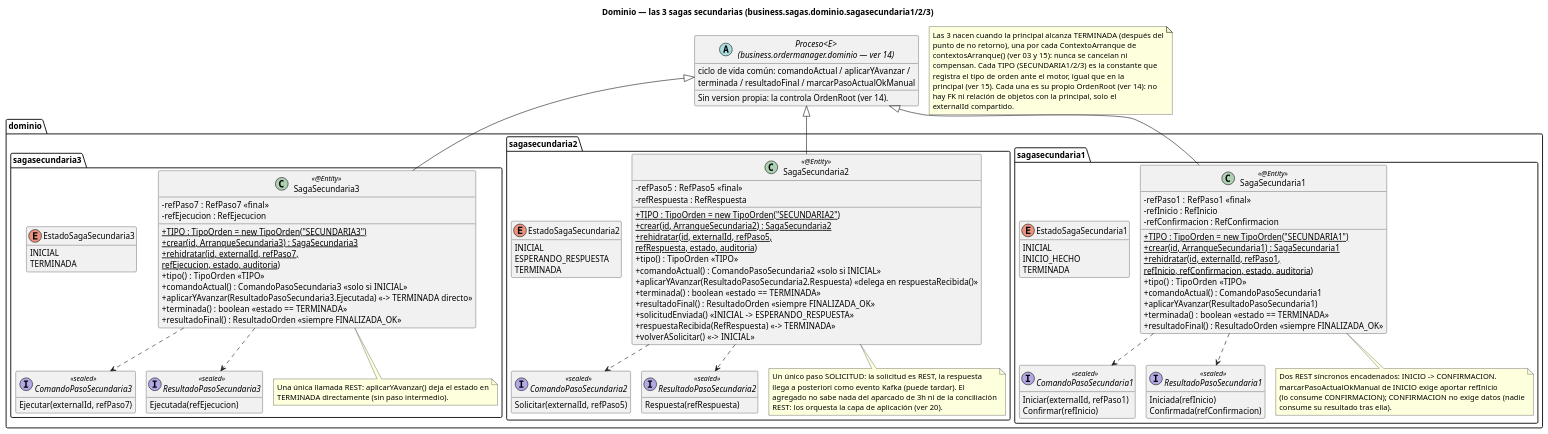
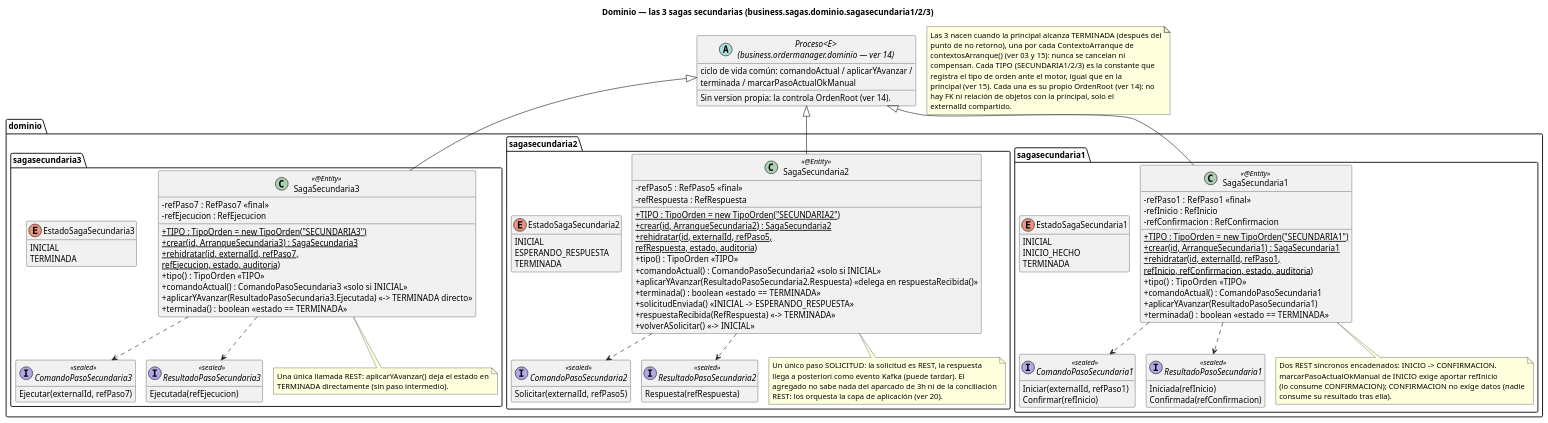
One commit to ralcazar/patrones changed the diagram in order-manager/docs/16-clases-dominio-sagas-secundarias.puml. Above: the diagram before and after it, drawn with PlantUML. The commit also changed 24 other files, not shown here.

First line of the commit message:
Diagramas: sincronizar ResultadoOrden/FINALIZADA_OK con completadaEn

```diff
--- a/order-manager/docs/16-clases-dominio-sagas-secundarias.puml
+++ b/order-manager/docs/16-clases-dominio-sagas-secundarias.puml
@@ -1,133 +1,130 @@
 @startuml 16-clases-dominio-sagas-secundarias
 title Dominio — las 3 sagas secundarias (business.sagas.dominio.sagasecundaria1/2/3)
 !pragma layout smetana
 hide empty members
 skinparam classAttributeIconSize 0
 
 abstract class "Proceso<E>\n(business.ordermanager.dominio — ver 14)" as Proceso {
   ciclo de vida común: comandoActual / aplicarYAvanzar /
-  terminada / resultadoFinal / marcarPasoActualOkManual
+  terminada / marcarPasoActualOkManual
   Sin version propia: la controla OrdenRoot (ver 14).
 }
 
 package "dominio.sagasecundaria1" {
   class SagaSecundaria1 <<@Entity>> {
     +{static} TIPO : TipoOrden = new TipoOrden("SECUNDARIA1")
     -refPaso1 : RefPaso1  «final»
     -refInicio : RefInicio
     -refConfirmacion : RefConfirmacion
     +{static} crear(id, ArranqueSecundaria1) : SagaSecundaria1
     +{static} rehidratar(id, externalId, refPaso1,\nrefInicio, refConfirmacion, estado, auditoria)
     +tipo() : TipoOrden  «TIPO»
     +comandoActual() : ComandoPasoSecundaria1
     +aplicarYAvanzar(ResultadoPasoSecundaria1)
     +terminada() : boolean  «estado == TERMINADA»
-    +resultadoFinal() : ResultadoOrden  «siempre FINALIZADA_OK»
   }
   enum EstadoSagaSecundaria1 {
     INICIAL
     INICIO_HECHO
     TERMINADA
   }
   interface ComandoPasoSecundaria1 <<sealed>> {
     Iniciar(externalId, refPaso1)
     Confirmar(refInicio)
   }
   interface ResultadoPasoSecundaria1 <<sealed>> {
     Iniciada(refInicio)
     Confirmada(refConfirmacion)
   }
   note bottom of SagaSecundaria1
     Dos REST síncronos encadenados: INICIO -> CONFIRMACION.
     marcarPasoActualOkManual de INICIO exige aportar refInicio
     (lo consume CONFIRMACION); CONFIRMACION no exige datos (nadie
     consume su resultado tras ella).
   end note
 }
 
 package "dominio.sagasecundaria2" {
   class SagaSecundaria2 <<@Entity>> {
     +{static} TIPO : TipoOrden = new TipoOrden("SECUNDARIA2")
     -refPaso5 : RefPaso5  «final»
     -refRespuesta : RefRespuesta
     +{static} crear(id, ArranqueSecundaria2) : SagaSecundaria2
     +{static} rehidratar(id, externalId, refPaso5,\nrefRespuesta, estado, auditoria)
     +tipo() : TipoOrden  «TIPO»
     +comandoActual() : ComandoPasoSecundaria2  «solo si INICIAL»
     +aplicarYAvanzar(ResultadoPasoSecundaria2.Respuesta)  «delega en respuestaRecibida()»
     +terminada() : boolean  «estado == TERMINADA»
-    +resultadoFinal() : ResultadoOrden  «siempre FINALIZADA_OK»
     +solicitudEnviada()  «INICIAL -> ESPERANDO_RESPUESTA»
     +respuestaRecibida(RefRespuesta)  «-> TERMINADA»
     +volverASolicitar()  «-> INICIAL»
   }
   enum EstadoSagaSecundaria2 {
     INICIAL
     ESPERANDO_RESPUESTA
     TERMINADA
   }
   interface ComandoPasoSecundaria2 <<sealed>> {
     Solicitar(externalId, refPaso5)
   }
   interface ResultadoPasoSecundaria2 <<sealed>> {
     Respuesta(refRespuesta)
   }
   note bottom of SagaSecundaria2
     Un único paso SOLICITUD: la solicitud es REST, la respuesta
     llega a posteriori como evento Kafka (puede tardar). El
     agregado no sabe nada del aparcado de 3h ni de la conciliación
     REST: los orquesta la capa de aplicación (ver 20).
   end note
 }
 
 package "dominio.sagasecundaria3" {
   class SagaSecundaria3 <<@Entity>> {
     +{static} TIPO : TipoOrden = new TipoOrden("SECUNDARIA3")
     -refPaso7 : RefPaso7  «final»
     -refEjecucion : RefEjecucion
     +{static} crear(id, ArranqueSecundaria3) : SagaSecundaria3
     +{static} rehidratar(id, externalId, refPaso7,\nrefEjecucion, estado, auditoria)
     +tipo() : TipoOrden  «TIPO»
     +comandoActual() : ComandoPasoSecundaria3  «solo si INICIAL»
     +aplicarYAvanzar(ResultadoPasoSecundaria3.Ejecutada)  «-> TERMINADA directo»
     +terminada() : boolean  «estado == TERMINADA»
-    +resultadoFinal() : ResultadoOrden  «siempre FINALIZADA_OK»
   }
   enum EstadoSagaSecundaria3 {
     INICIAL
     TERMINADA
   }
   interface ComandoPasoSecundaria3 <<sealed>> {
     Ejecutar(externalId, refPaso7)
   }
   interface ResultadoPasoSecundaria3 <<sealed>> {
     Ejecutada(refEjecucion)
   }
   note bottom of SagaSecundaria3
     Una única llamada REST: aplicarYAvanzar() deja el estado en
     TERMINADA directamente (sin paso intermedio).
   end note
 }
 
 Proceso <|-down- SagaSecundaria1
 Proceso <|-down- SagaSecundaria2
 Proceso <|-down- SagaSecundaria3
 
 SagaSecundaria1 ..> ComandoPasoSecundaria1
 SagaSecundaria1 ..> ResultadoPasoSecundaria1
 SagaSecundaria2 ..> ComandoPasoSecundaria2
 SagaSecundaria2 ..> ResultadoPasoSecundaria2
 SagaSecundaria3 ..> ComandoPasoSecundaria3
 SagaSecundaria3 ..> ResultadoPasoSecundaria3
 
 note as NNace
   Las 3 nacen cuando la principal alcanza TERMINADA (después del
   punto de no retorno), una por cada ContextoArranque de
   contextosArranque() (ver 03 y 15): nunca se cancelan ni
   compensan. Cada TIPO (SECUNDARIA1/2/3) es la constante que
   registra el tipo de orden ante el motor, igual que en la
   principal (ver 15). Cada una es su propio OrdenRoot (ver 14): no
   hay FK ni relación de objetos con la principal, solo el
   externalId compartido.
 end note
 @enduml
```
